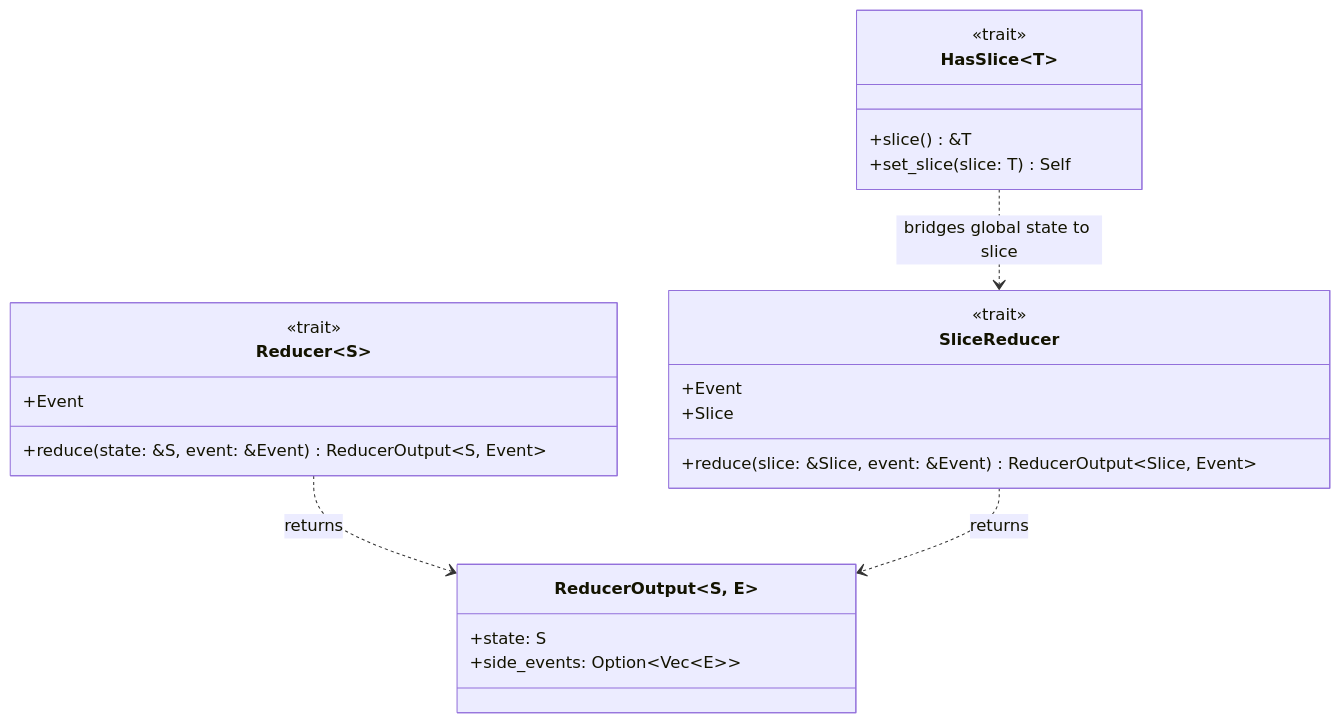
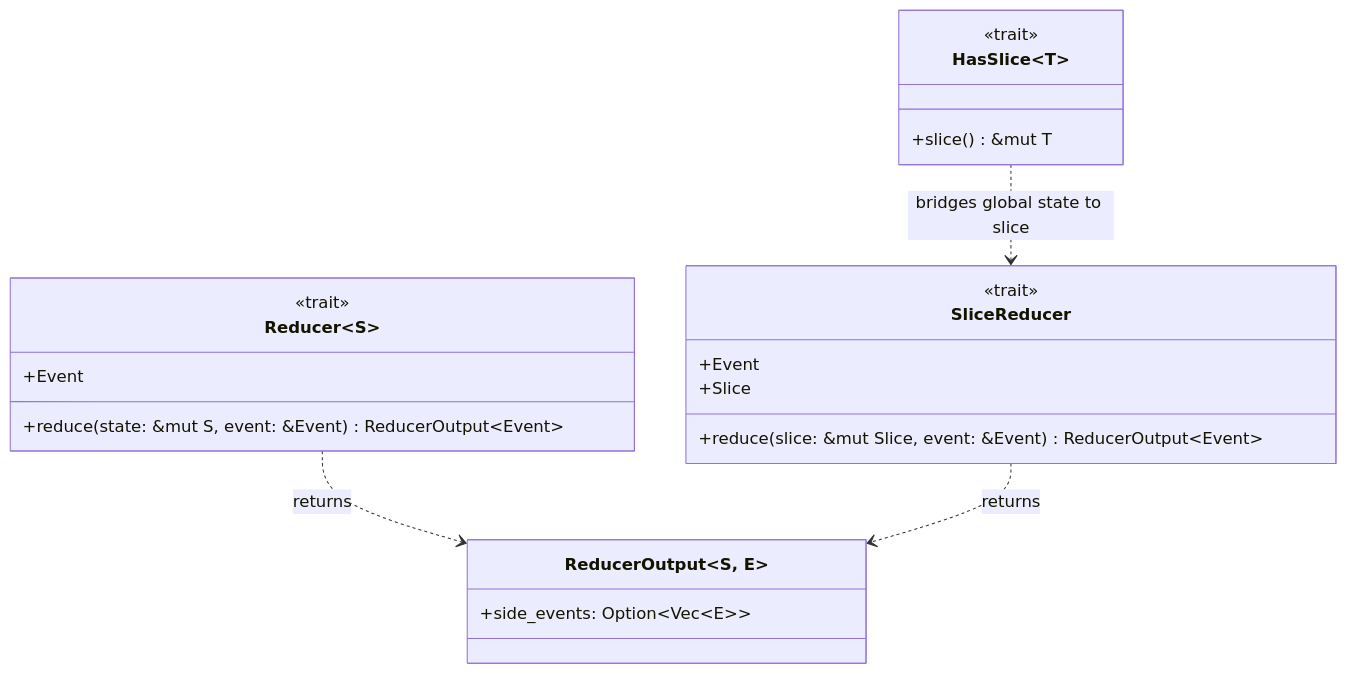
The diagram in docs/dev/architecture.md (corentin-core/ruxe), drawn with Mermaid before and after one commit. The commit also changed other lines of this file and 16 other files, not shown here.

````diff
--- a/docs/dev/architecture.md
+++ b/docs/dev/architecture.md
@@ -17,30 +16,28 @@
 ```mermaid
 classDiagram
     class Reducer~S~ {
         <<trait>>
         +Event
-        +reduce(state: &S, event: &Event) ReducerOutput~S, Event~
+        +reduce(state: &mut S, event: &Event) ReducerOutput~Event~
     }
 
     class SliceReducer {
         <<trait>>
         +Event
         +Slice
-        +reduce(slice: &Slice, event: &Event) ReducerOutput~Slice, Event~
+        +reduce(slice: &mut Slice, event: &Event) ReducerOutput~Event~
     }
 
     class HasSlice~T~ {
         <<trait>>
-        +slice() &T
-        +set_slice(slice: T) Self
+        +slice() &mut T
     }
 
     class ReducerOutput~S, E~ {
-        +state: S
         +side_events: Option~Vec~E~~
     }
 
     Reducer ..> ReducerOutput : returns
     SliceReducer ..> ReducerOutput : returns
     HasSlice ..> SliceReducer : bridges global state to slice
 ```
````
